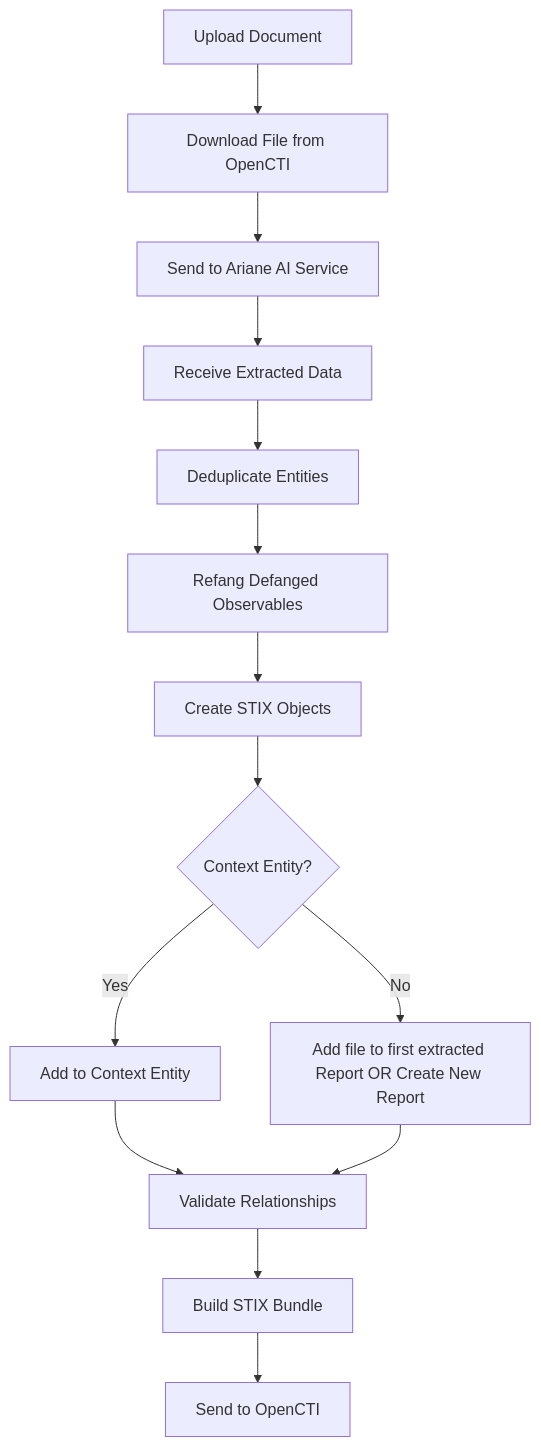
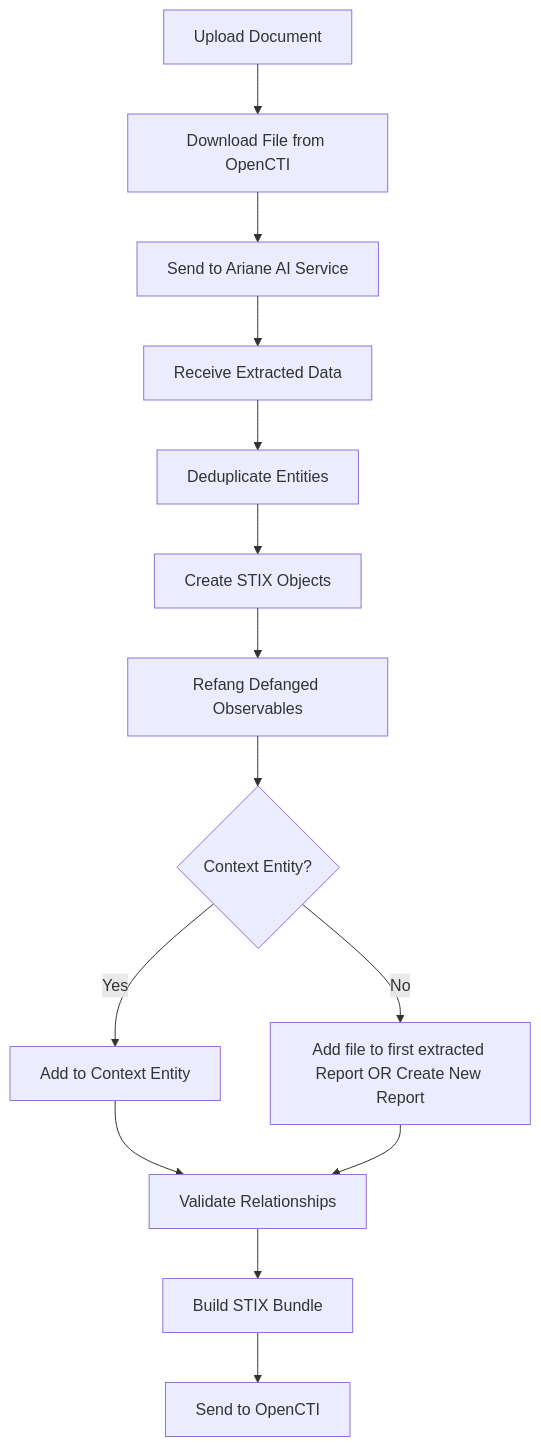
One commit to OpenCTI-Platform/connectors changed the first of 2 diagrams in internal-import-file/import-document-ai/README.md. Above: the diagram before and after it, drawn with Mermaid. The commit also changed 2 other files, not shown here.

Commit message:
fix(import-document-ai): merge rewritten relationships whatever their order (#7781)
The relationships a refang made identical were merged pairwise against the
first of their OpenCTI identity, so the outcome depended on their order: an
untouched relationship, a rewritten one, then an untouched twin left the
twin in the bundle, while the rewritten one coming first merged all three.
The relationships are now grouped by identity, and a group is merged as a
whole when any member was rewritten; a group the refang did not touch is
still left as it is.

- Tests: the rewritten relationship at each position merges the group.
- README: the processing workflow refangs after the STIX objects are
  created, as the code does.

````diff
--- a/internal-import-file/import-document-ai/README.md
+++ b/internal-import-file/import-document-ai/README.md
@@ -124,16 +124,16 @@
 ```mermaid
 flowchart TD
     A[Upload Document] --> B[Download File from OpenCTI]
     B --> C[Send to Ariane AI Service]
     C --> D[Receive Extracted Data]
     D --> E[Deduplicate Entities]
-    E --> R[Refang Defanged Observables]
-    R --> F[Create STIX Objects]
-    F --> G{Context Entity?}
+    E --> F[Create STIX Objects]
+    F --> R[Refang Defanged Observables]
+    R --> G{Context Entity?}
     G -->|Yes| H[Add to Context Entity]
     G -->|No| I[Add file to first extracted Report OR Create New Report]
     H --> J[Validate Relationships]
     I --> J
     J --> K[Build STIX Bundle]
     K --> L[Send to OpenCTI]
 ```
````
